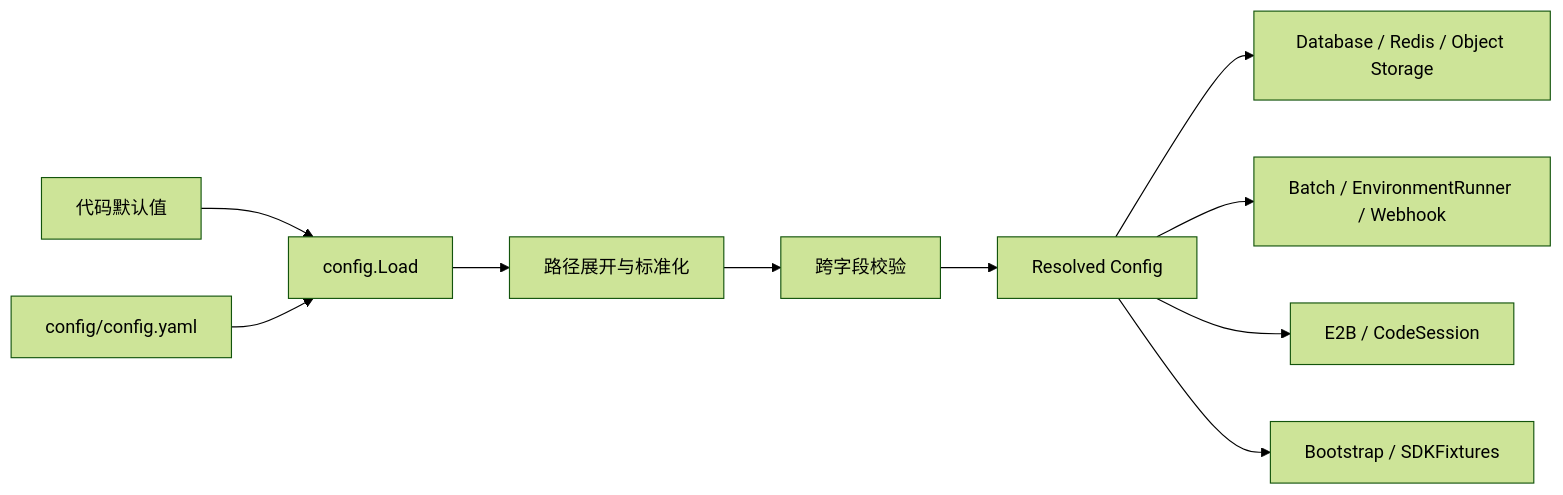
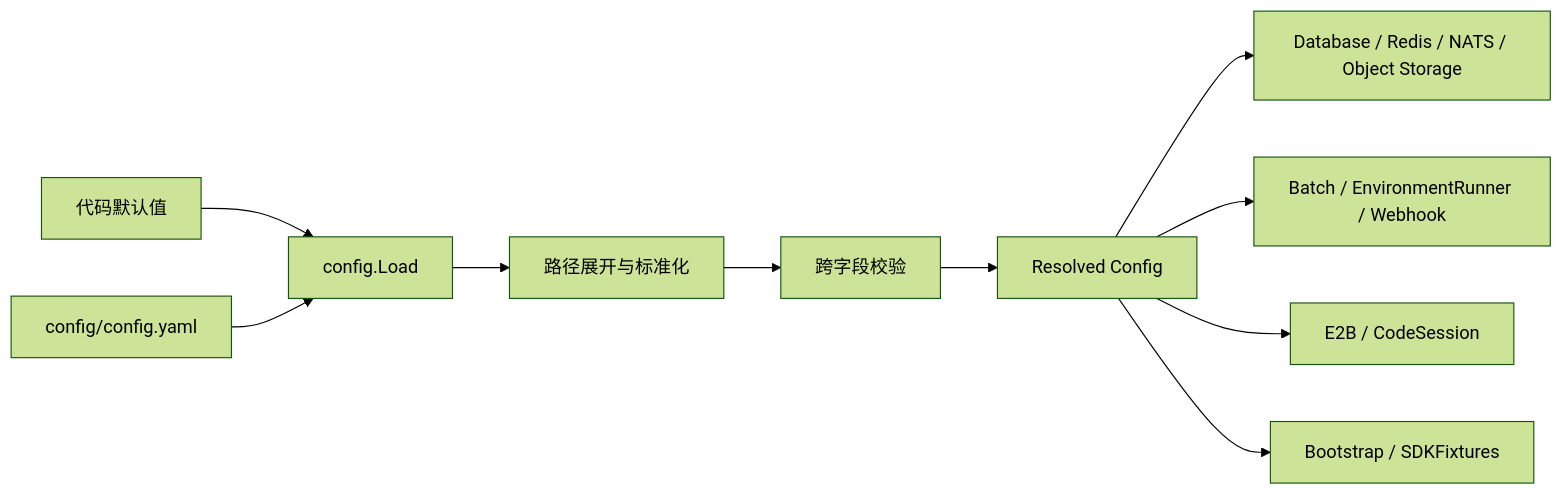
Before and after one commit to superduck-ai/open-managed-agents: the first of 2 diagrams in docs/design/be/runtime-configuration.md, drawn with Mermaid (forest theme). The commit also changed other lines of this file and 22 other files, not shown here.

````diff
--- a/docs/design/be/runtime-configuration.md
+++ b/docs/design/be/runtime-configuration.md
@@ -7,12 +7,12 @@
 ```mermaid
 flowchart LR
     defaults["代码默认值"] --> loader["config.Load"]
     yaml["config/config.yaml"] --> loader
     loader --> paths["路径展开与标准化"]
     paths --> validation["跨字段校验"]
     validation --> resolved["Resolved Config"]
-    resolved --> infrastructure["Database / Redis / Object Storage"]
+    resolved --> infrastructure["Database / Redis / NATS / Object Storage"]
     resolved --> workers["Batch / EnvironmentRunner / Webhook"]
     resolved --> runtime["E2B / CodeSession"]
     resolved --> compatibility["Bootstrap / SDKFixtures"]
 ```
````
